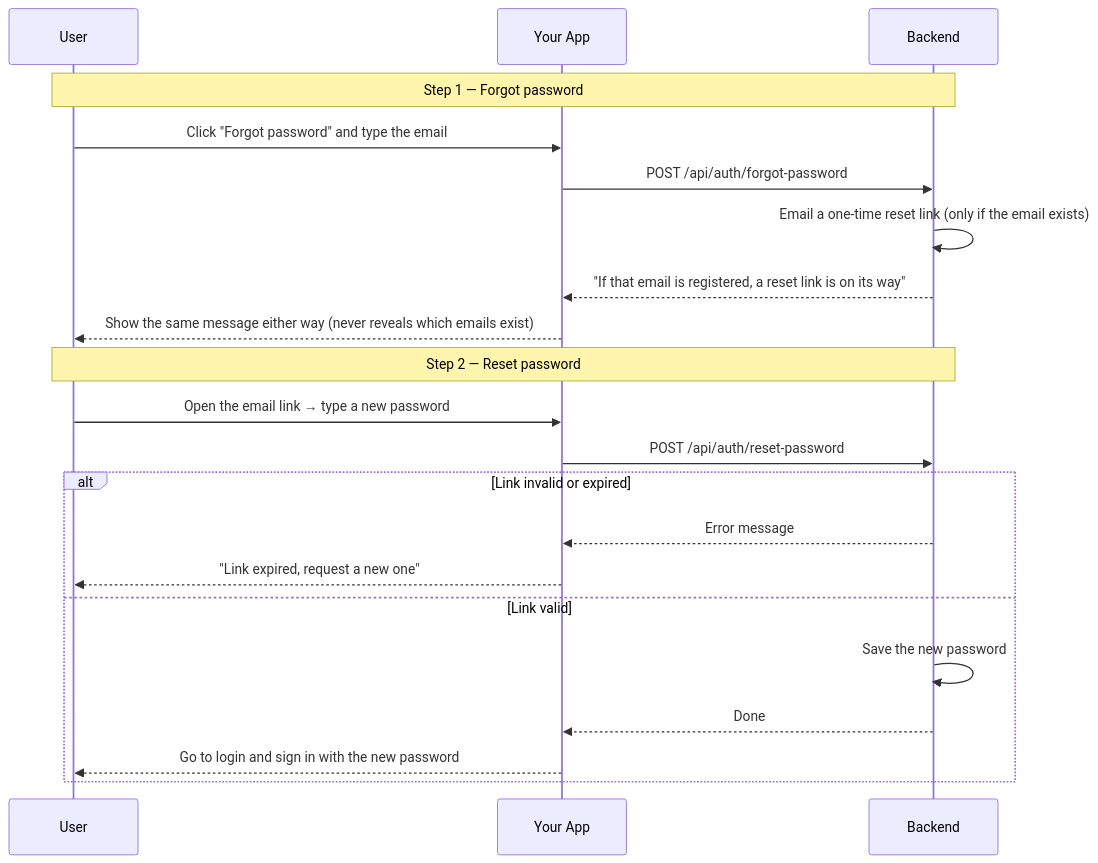
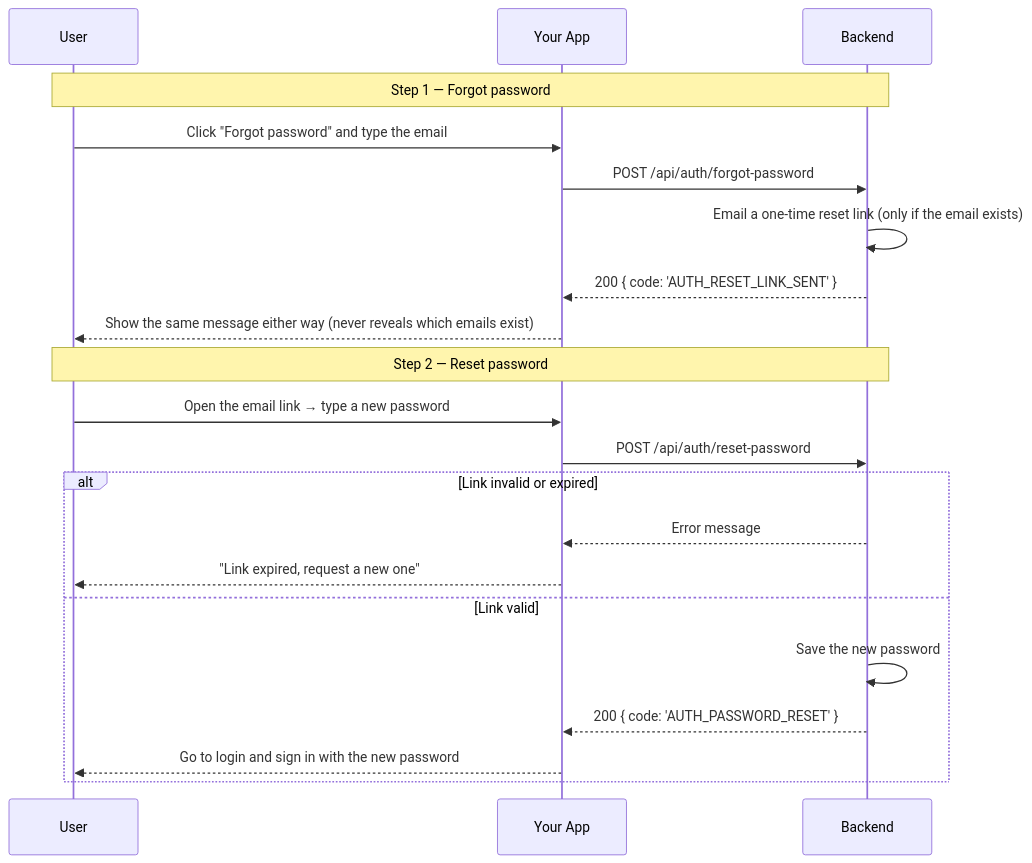
Before and after one commit to IrmaJoKerr/ft_transcendence-ludo: the fifth of 8 diagrams in docs/backend/backend-auth-module.md, drawn with Mermaid. The commit also changed other lines of this file and 8 other files, not shown here.

````diff
--- a/docs/backend/backend-auth-module.md
+++ b/docs/backend/backend-auth-module.md
@@ -438,25 +438,25 @@
 ```mermaid
 sequenceDiagram
     participant User
     participant Site as Your App
     participant Server as Backend
 
     Note over User,Server: Step 1 — Forgot password
     User->>Site: Click "Forgot password" and type the email
     Site->>Server: POST /api/auth/forgot-password
     Server->>Server: Email a one-time reset link (only if the email exists)
-    Server-->>Site: "If that email is registered, a reset link is on its way"
+    Server-->>Site: 200 { code: 'AUTH_RESET_LINK_SENT' }
     Site-->>User: Show the same message either way (never reveals which emails exist)
 
     Note over User,Server: Step 2 — Reset password
     User->>Site: Open the email link → type a new password
     Site->>Server: POST /api/auth/reset-password
     alt Link invalid or expired
         Server-->>Site: Error message
         Site-->>User: "Link expired, request a new one"
     else Link valid
         Server->>Server: Save the new password
-        Server-->>Site: Done
+        Server-->>Site: 200 { code: 'AUTH_PASSWORD_RESET' }
         Site-->>User: Go to login and sign in with the new password
     end
 ```
````
